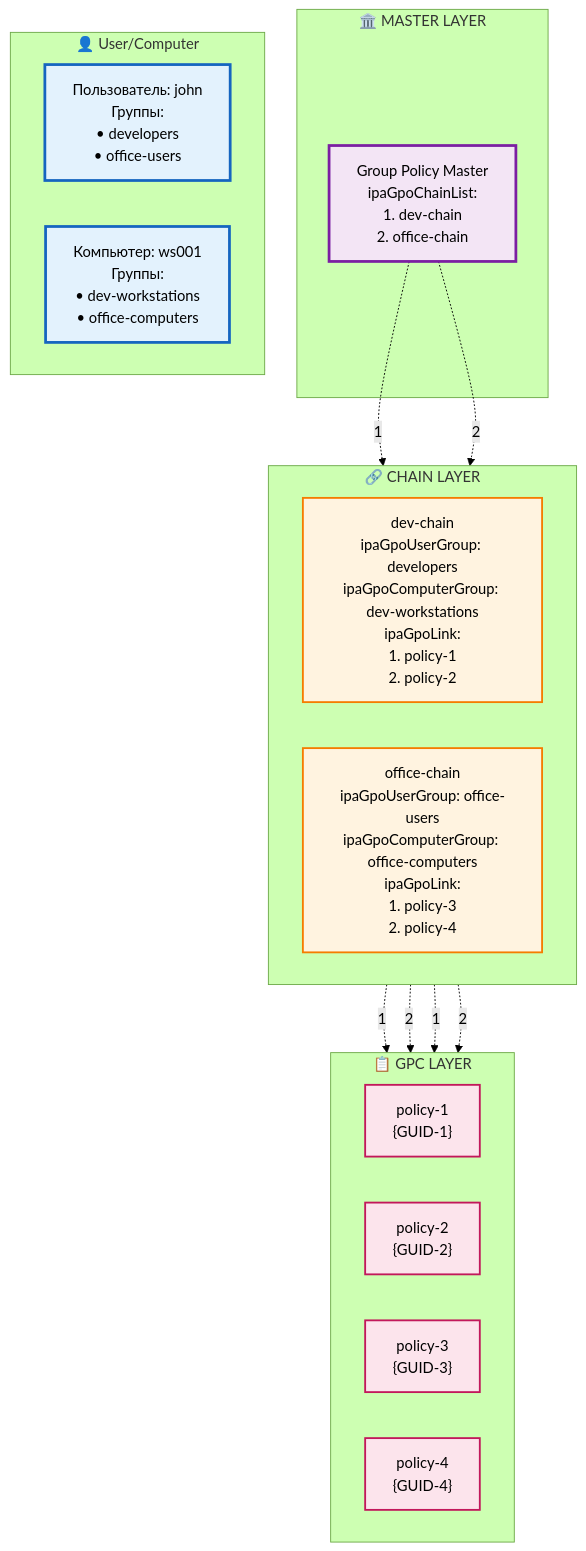
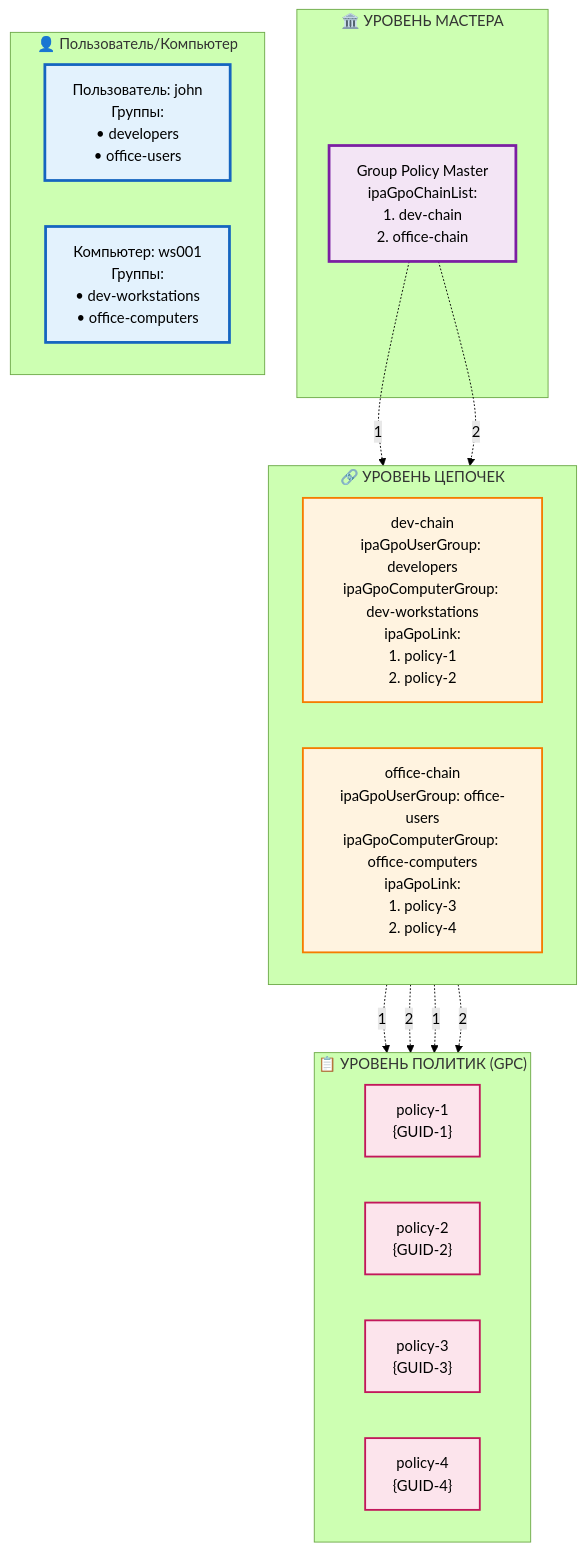
Before and after one commit to DrUNE/freeipa-server-gpo: the diagram in README.ru.md, drawn with Mermaid (forest theme). The commit also changed other lines of this file and 21 other files, not shown here.

````diff
--- a/README.ru.md
+++ b/README.ru.md
@@ -68,44 +90,44 @@
 ```mermaid
 graph TD
     classDef userClass fill:#e3f2fd,stroke:#1565c0,stroke-width:3px
     classDef masterClass fill:#f3e5f5,stroke:#7b1fa2,stroke-width:3px
     classDef chainClass fill:#fff3e0,stroke:#f57c00,stroke-width:2px
     classDef gpcClass fill:#fce4ec,stroke:#c2185b,stroke-width:2px
     classDef resultClass fill:#e8f5e8,stroke:#2e7d32,stroke-width:3px
 
-    subgraph MasterLayer ["🏛️ MASTER LAYER"]
+    subgraph MasterLayer ["🏛️ УРОВЕНЬ МАСТЕРА"]
         Master["Group Policy Master<br/>ipaGpoChainList:<br/>1. dev-chain<br/>2. office-chain"]
     end
 
-    subgraph ChainLayer ["🔗 CHAIN LAYER"]
+    subgraph ChainLayer ["🔗 УРОВЕНЬ ЦЕПОЧЕК"]
         direction LR
         ChainDev["dev-chain<br/>ipaGpoUserGroup: developers<br/>ipaGpoComputerGroup: dev-workstations<br/>ipaGpoLink:<br/>1. policy-1<br/>2. policy-2"]
         ChainOffice["office-chain<br/>ipaGpoUserGroup: office-users<br/>ipaGpoComputerGroup: office-computers<br/>ipaGpoLink:<br/>1. policy-3<br/>2. policy-4"]
     end
 
-    subgraph GPCLayer ["📋 GPC LAYER"]
+    subgraph GPCLayer ["📋 УРОВЕНЬ ПОЛИТИК (GPC)"]
         direction LR
         GPC1["policy-1<br/>{GUID-1}"]
         GPC2["policy-2<br/>{GUID-2}"]
         GPC3["policy-3<br/>{GUID-3}"]
         GPC4["policy-4<br/>{GUID-4}"]
     end
 
-    subgraph UserSide ["👤 User/Computer"]
+    subgraph UserSide ["👤 Пользователь/Компьютер"]
         User["Пользователь: john<br/>Группы:<br/>• developers<br/>• office-users"]
         Computer["Компьютер: ws001<br/>Группы:<br/>• dev-workstations<br/>• office-computers"]
     end
 
     Master -.->|"1"| ChainDev
     Master -.->|"2"| ChainOffice
 
     ChainDev -.->|"1"| GPC1
     ChainDev -.->|"2"| GPC2
     ChainOffice -.->|"1"| GPC3
     ChainOffice -.->|"2"| GPC4
 
     class Master masterClass
     class ChainDev,ChainOffice chainClass
     class GPC1,GPC2,GPC3,GPC4 gpcClass
     class User,Computer userClass
 ```
````
